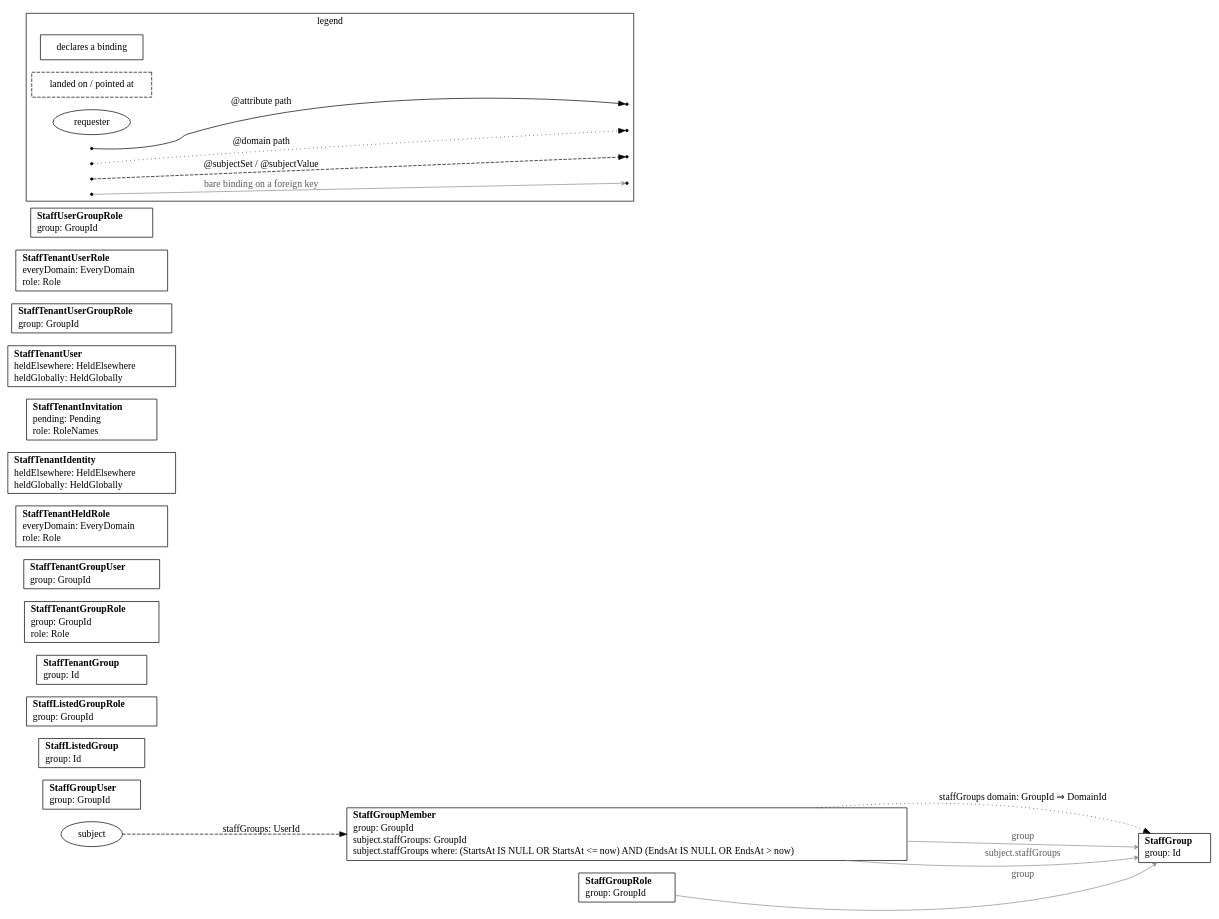
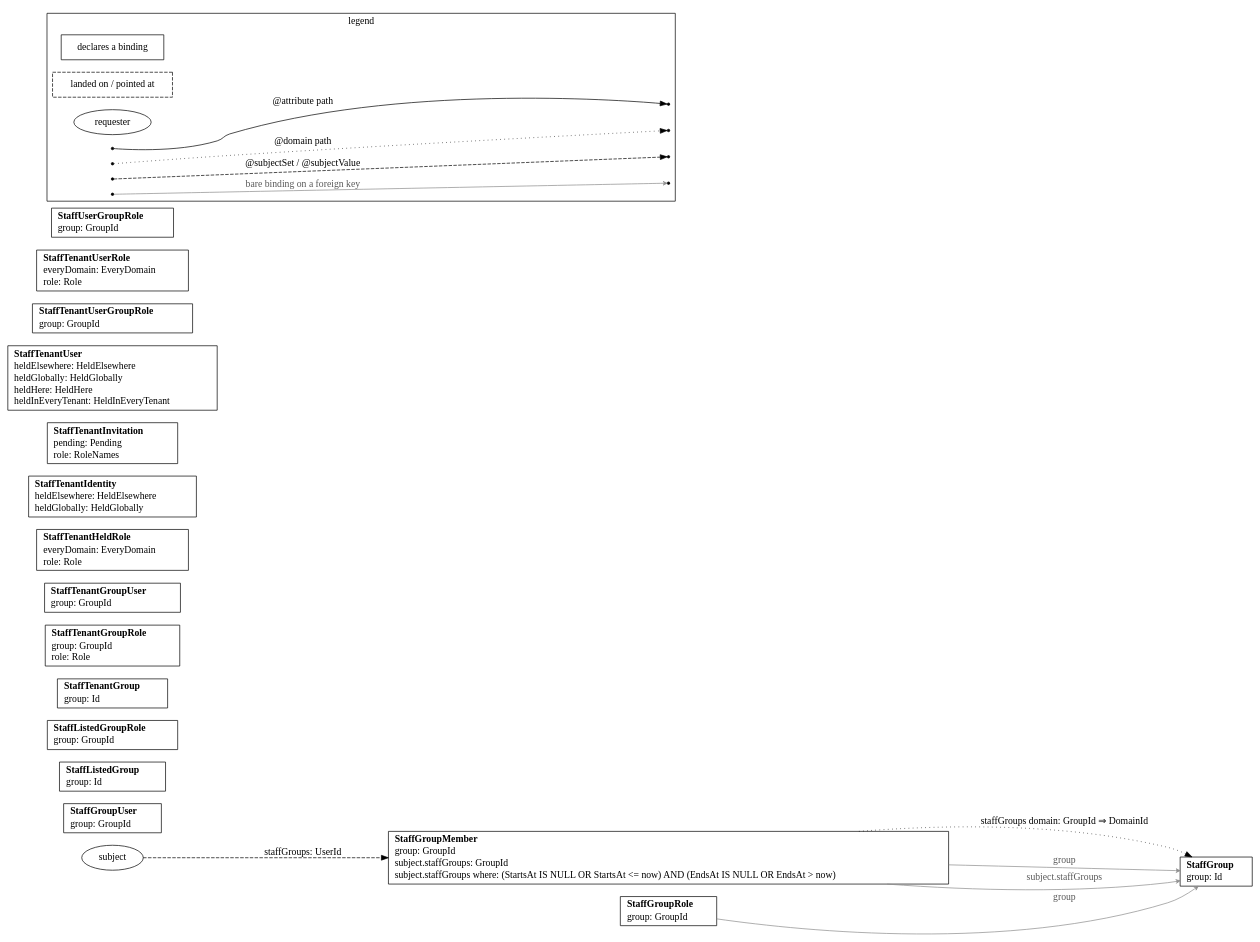
The diagram in cmd/impulse/internal/skeleton/_candidates/sites/apps/console/pkg/resources/zz_gen_bindings.dot (impulseframework/impulse), drawn with Graphviz before and after one commit. The commit also changed 127 other files, not shown here.

```diff
--- a/cmd/impulse/internal/skeleton/_candidates/sites/apps/console/pkg/resources/zz_gen_bindings.dot
+++ b/cmd/impulse/internal/skeleton/_candidates/sites/apps/console/pkg/resources/zz_gen_bindings.dot
@@ -1,62 +1,62 @@
 // Code generated by resourcegeneration. DO NOT EDIT.
 // Bindings: every attribute and subject binding this package declares. A box per
 // declaring resource lists its bare bindings as `name: column`; dashed boxes are
 // the tables a path lands on or a foreign key points at; the subject ellipse is
 // the requester, entering each anchor once with every name it yields there. One
 // edge per hop, drawn once however many paths share it: solid for @attribute,
 // dotted for @domain, dashed for a subject binding, labeled `name: column` on a
 // continuing hop and `name: column ⇒ column` where the path terminates; a thin
 // gray edge points a bare binding on a foreign key at its table. Facts only: no
 // grant or condition is drawn.
 // A subject set that writes a who: or a where: part lists each under the set, in
 // the columns' names: who: says which rows are the requester's, where: which of
 // those rows count. A set that builds on another is a dashed edge from the
 // resource declaring that other set, labeled `name: column IN subject.other`.
 // A subject set that writes a domain: part says where its rows' tenant is found,
 // and in a request with a tenant the set holds that tenant's rows alone. The path
 // is drawn dotted, as @domain's is, under the set's name: `name domain: column` on
 // a continuing hop and `name domain: column ⇒ column` where it reads the tenant.
 digraph Bindings {
 	rankdir=LR;
 	node [shape=box];
 	"StaffGroup" [label=<<table border="0" cellborder="0" cellspacing="0" cellpadding="1"><tr><td align="left"><b>StaffGroup</b></td></tr><tr><td align="left">group: Id</td></tr></table>>];
 	"StaffGroupMember" [label=<<table border="0" cellborder="0" cellspacing="0" cellpadding="1"><tr><td align="left"><b>StaffGroupMember</b></td></tr><tr><td align="left">group: GroupId</td></tr><tr><td align="left">subject.staffGroups: GroupId</td></tr><tr><td align="left">subject.staffGroups where: (StartsAt IS NULL OR StartsAt &lt;= now) AND (EndsAt IS NULL OR EndsAt &gt; now)</td></tr></table>>];
 	"StaffGroupRole" [label=<<table border="0" cellborder="0" cellspacing="0" cellpadding="1"><tr><td align="left"><b>StaffGroupRole</b></td></tr><tr><td align="left">group: GroupId</td></tr></table>>];
 	"StaffGroupUser" [label=<<table border="0" cellborder="0" cellspacing="0" cellpadding="1"><tr><td align="left"><b>StaffGroupUser</b></td></tr><tr><td align="left">group: GroupId</td></tr></table>>];
 	"StaffListedGroup" [label=<<table border="0" cellborder="0" cellspacing="0" cellpadding="1"><tr><td align="left"><b>StaffListedGroup</b></td></tr><tr><td align="left">group: Id</td></tr></table>>];
 	"StaffListedGroupRole" [label=<<table border="0" cellborder="0" cellspacing="0" cellpadding="1"><tr><td align="left"><b>StaffListedGroupRole</b></td></tr><tr><td align="left">group: GroupId</td></tr></table>>];
 	"StaffTenantGroup" [label=<<table border="0" cellborder="0" cellspacing="0" cellpadding="1"><tr><td align="left"><b>StaffTenantGroup</b></td></tr><tr><td align="left">group: Id</td></tr></table>>];
 	"StaffTenantGroupRole" [label=<<table border="0" cellborder="0" cellspacing="0" cellpadding="1"><tr><td align="left"><b>StaffTenantGroupRole</b></td></tr><tr><td align="left">group: GroupId</td></tr><tr><td align="left">role: Role</td></tr></table>>];
 	"StaffTenantGroupUser" [label=<<table border="0" cellborder="0" cellspacing="0" cellpadding="1"><tr><td align="left"><b>StaffTenantGroupUser</b></td></tr><tr><td align="left">group: GroupId</td></tr></table>>];
 	"StaffTenantHeldRole" [label=<<table border="0" cellborder="0" cellspacing="0" cellpadding="1"><tr><td align="left"><b>StaffTenantHeldRole</b></td></tr><tr><td align="left">everyDomain: EveryDomain</td></tr><tr><td align="left">role: Role</td></tr></table>>];
 	"StaffTenantIdentity" [label=<<table border="0" cellborder="0" cellspacing="0" cellpadding="1"><tr><td align="left"><b>StaffTenantIdentity</b></td></tr><tr><td align="left">heldElsewhere: HeldElsewhere</td></tr><tr><td align="left">heldGlobally: HeldGlobally</td></tr></table>>];
 	"StaffTenantInvitation" [label=<<table border="0" cellborder="0" cellspacing="0" cellpadding="1"><tr><td align="left"><b>StaffTenantInvitation</b></td></tr><tr><td align="left">pending: Pending</td></tr><tr><td align="left">role: RoleNames</td></tr></table>>];
-	"StaffTenantUser" [label=<<table border="0" cellborder="0" cellspacing="0" cellpadding="1"><tr><td align="left"><b>StaffTenantUser</b></td></tr><tr><td align="left">heldElsewhere: HeldElsewhere</td></tr><tr><td align="left">heldGlobally: HeldGlobally</td></tr></table>>];
+	"StaffTenantUser" [label=<<table border="0" cellborder="0" cellspacing="0" cellpadding="1"><tr><td align="left"><b>StaffTenantUser</b></td></tr><tr><td align="left">heldElsewhere: HeldElsewhere</td></tr><tr><td align="left">heldGlobally: HeldGlobally</td></tr><tr><td align="left">heldHere: HeldHere</td></tr><tr><td align="left">heldInEveryTenant: HeldInEveryTenant</td></tr></table>>];
 	"StaffTenantUserGroupRole" [label=<<table border="0" cellborder="0" cellspacing="0" cellpadding="1"><tr><td align="left"><b>StaffTenantUserGroupRole</b></td></tr><tr><td align="left">group: GroupId</td></tr></table>>];
 	"StaffTenantUserRole" [label=<<table border="0" cellborder="0" cellspacing="0" cellpadding="1"><tr><td align="left"><b>StaffTenantUserRole</b></td></tr><tr><td align="left">everyDomain: EveryDomain</td></tr><tr><td align="left">role: Role</td></tr></table>>];
 	"StaffUserGroupRole" [label=<<table border="0" cellborder="0" cellspacing="0" cellpadding="1"><tr><td align="left"><b>StaffUserGroupRole</b></td></tr><tr><td align="left">group: GroupId</td></tr></table>>];
 	"subject" [shape=ellipse];
 	"StaffGroupMember" -> "StaffGroup" [style=dotted, label="staffGroups domain: GroupId ⇒ DomainId"];
 	"subject" -> "StaffGroupMember" [style=dashed, label="staffGroups: UserId"];
 	"StaffGroupMember" -> "StaffGroup" [color=gray55, fontcolor=gray35, arrowhead=vee, arrowsize=0.6, label="group"];
 	"StaffGroupMember" -> "StaffGroup" [color=gray55, fontcolor=gray35, arrowhead=vee, arrowsize=0.6, label="subject.staffGroups"];
 	"StaffGroupRole" -> "StaffGroup" [color=gray55, fontcolor=gray35, arrowhead=vee, arrowsize=0.6, label="group"];
 	subgraph cluster_legend {
 		label="legend";
 		"declares a binding" [shape=box];
 		"landed on / pointed at" [shape=box, style=dashed];
 		"requester" [shape=ellipse];
 		"legend:attribute" [shape=point];
 		"legend:attribute:to" [shape=point];
 		"legend:domain" [shape=point];
 		"legend:domain:to" [shape=point];
 		"legend:subject" [shape=point];
 		"legend:subject:to" [shape=point];
 		"legend:reference" [shape=point];
 		"legend:reference:to" [shape=point];
 		"legend:attribute" -> "legend:attribute:to" [label="@attribute path"];
 		"legend:domain" -> "legend:domain:to" [style=dotted, label="@domain path"];
 		"legend:subject" -> "legend:subject:to" [style=dashed, label="@subjectSet / @subjectValue"];
 		"legend:reference" -> "legend:reference:to" [color=gray55, fontcolor=gray35, arrowhead=vee, arrowsize=0.6, label="bare binding on a foreign key"];
 	}
 }
```
